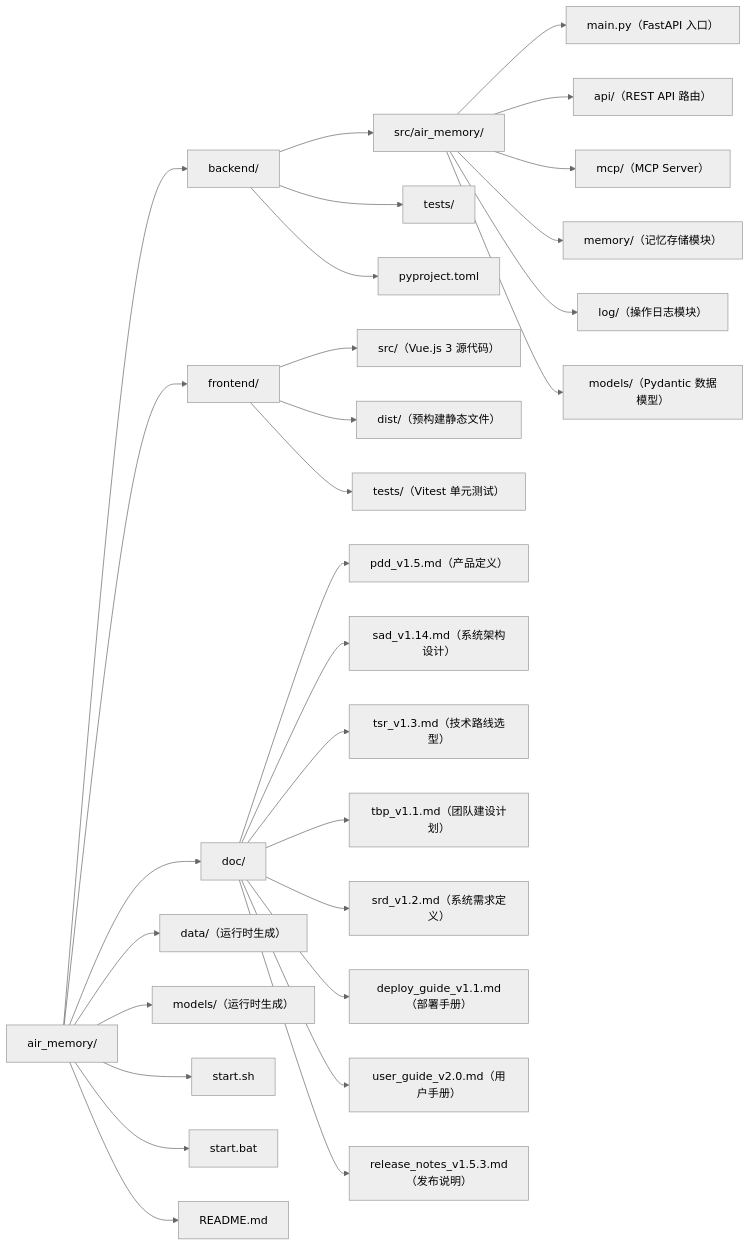
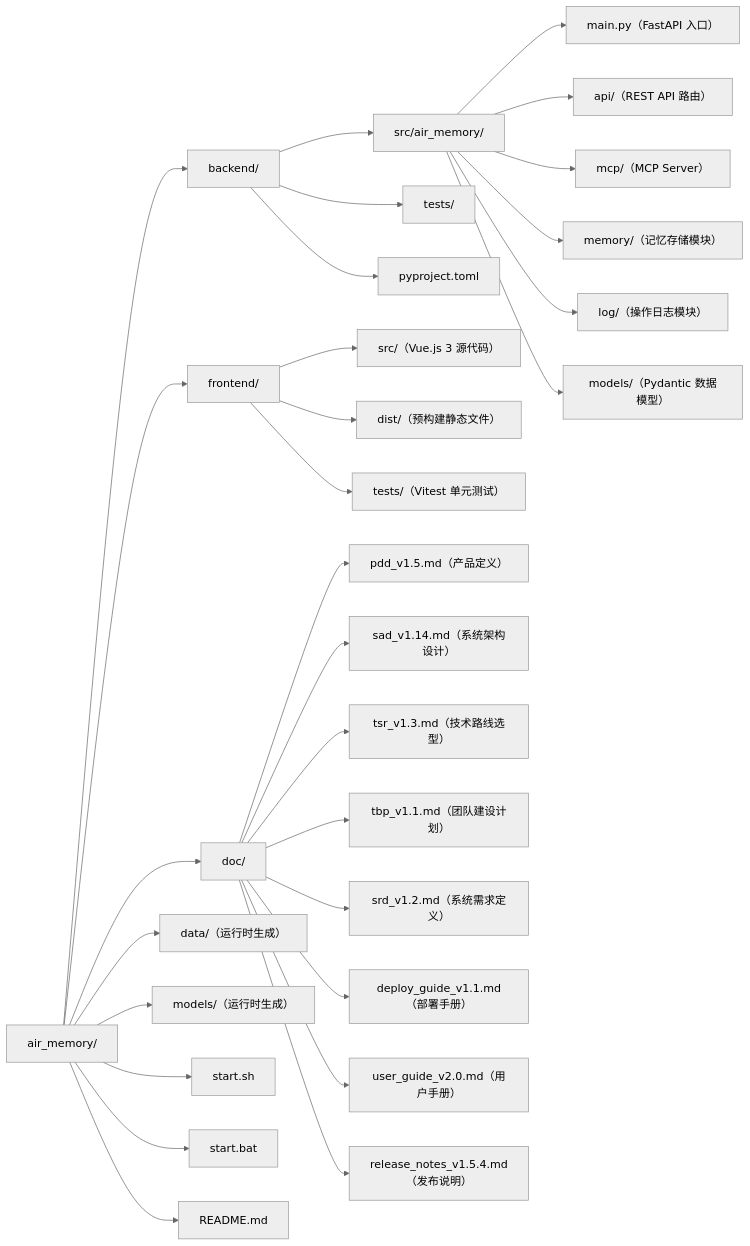
One commit to SevenLv/air_memory changed the diagram in README.md. Above: the diagram before and after it, drawn with Mermaid (neutral theme). The commit also changed other lines of this file and 9 other files, not shown here.

````diff
--- a/README.md
+++ b/README.md
@@ -50,37 +50,37 @@
 ```mermaid
 graph LR
     ROOT["air_memory/"]
 
     ROOT --> BACKEND["backend/"]
     ROOT --> FRONTEND["frontend/"]
     ROOT --> DOC["doc/"]
     ROOT --> DATA["data/（运行时生成）"]
     ROOT --> MODELS["models/（运行时生成）"]
     ROOT --> START_SH["start.sh"]
     ROOT --> START_BAT["start.bat"]
     ROOT --> README["README.md"]
 
     BACKEND --> BE_SRC["src/air_memory/"]
     BACKEND --> BE_TESTS["tests/"]
     BACKEND --> BE_PYPROJECT["pyproject.toml"]
 
     BE_SRC --> BE_MAIN["main.py（FastAPI 入口）"]
     BE_SRC --> BE_API["api/（REST API 路由）"]
     BE_SRC --> BE_MCP["mcp/（MCP Server）"]
     BE_SRC --> BE_MEM["memory/（记忆存储模块）"]
     BE_SRC --> BE_LOG["log/（操作日志模块）"]
     BE_SRC --> BE_MODELS["models/（Pydantic 数据模型）"]
 
     FRONTEND --> FE_SRC["src/（Vue.js 3 源代码）"]
     FRONTEND --> FE_DIST["dist/（预构建静态文件）"]
     FRONTEND --> FE_TESTS["tests/（Vitest 单元测试）"]
 
     DOC --> D1["pdd_v1.5.md（产品定义）"]
     DOC --> D2["sad_v1.14.md（系统架构设计）"]
     DOC --> D3["tsr_v1.3.md（技术路线选型）"]
     DOC --> D4["tbp_v1.1.md（团队建设计划）"]
     DOC --> D5["srd_v1.2.md（系统需求定义）"]
     DOC --> D6["deploy_guide_v1.1.md（部署手册）"]
     DOC --> D7["user_guide_v2.0.md（用户手册）"]
-    DOC --> D8["release_notes_v1.5.3.md（发布说明）"]
+    DOC --> D8["release_notes_v1.5.4.md（发布说明）"]
 ```
````
